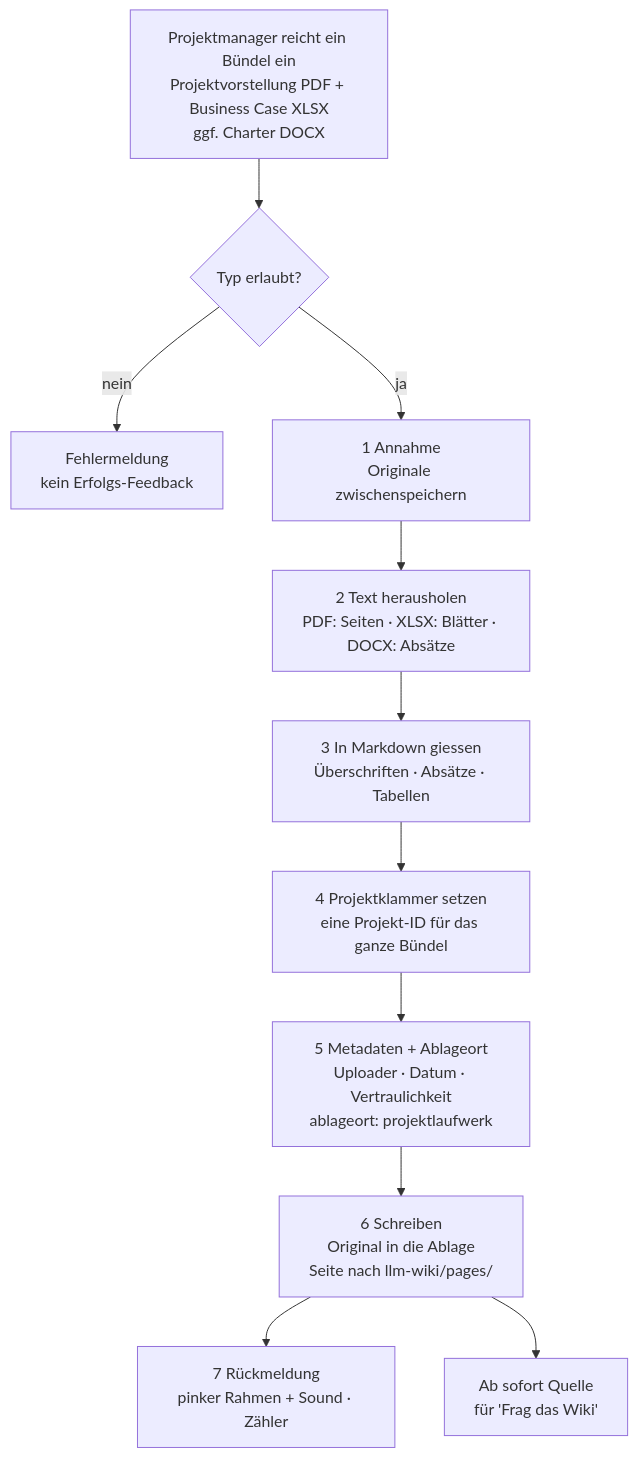
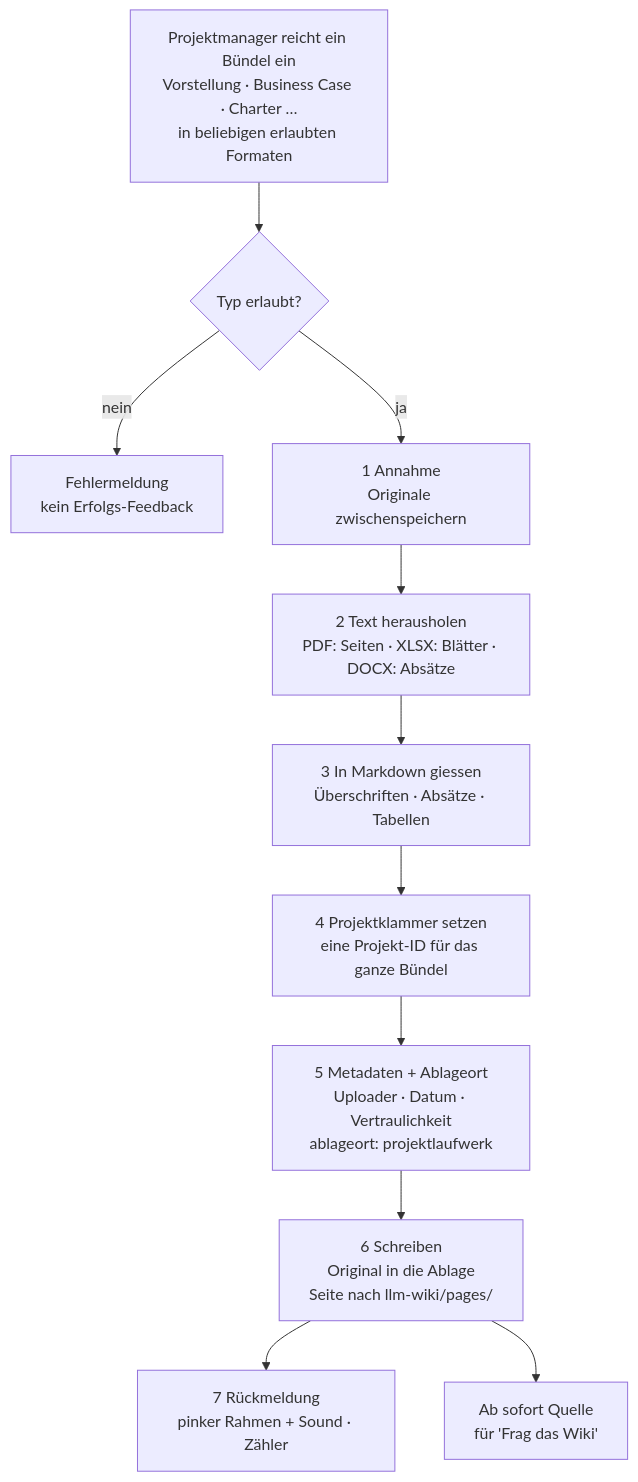
Before and after one commit to florianze6666/MediaparkBrain: the diagram in docs/FUNKTIONSWEISE.md, drawn with Mermaid. The commit also changed other lines of this file, not shown here.

````diff
--- a/docs/FUNKTIONSWEISE.md
+++ b/docs/FUNKTIONSWEISE.md
@@ -113,13 +121,13 @@
 ```mermaid
 flowchart TD
-    A["Projektmanager reicht ein Bündel ein<br/>Projektvorstellung PDF + Business Case XLSX<br/>ggf. Charter DOCX"] --> B{"Typ erlaubt?"}
+    A["Projektmanager reicht ein Bündel ein<br/>Vorstellung · Business Case · Charter …<br/>in beliebigen erlaubten Formaten"] --> B{"Typ erlaubt?"}
     B -- nein --> B1["Fehlermeldung<br/>kein Erfolgs-Feedback"]
     B -- ja --> C["1 Annahme<br/>Originale zwischenspeichern"]
     C --> D["2 Text herausholen<br/>PDF: Seiten · XLSX: Blätter · DOCX: Absätze"]
     D --> E["3 In Markdown giessen<br/>Überschriften · Absätze · Tabellen"]
     E --> F["4 Projektklammer setzen<br/>eine Projekt-ID für das ganze Bündel"]
     F --> G["5 Metadaten + Ablageort<br/>Uploader · Datum · Vertraulichkeit<br/>ablageort: projektlaufwerk"]
     G --> H["6 Schreiben<br/>Original in die Ablage<br/>Seite nach llm-wiki/pages/"]
     H --> I["7 Rückmeldung<br/>pinker Rahmen + Sound · Zähler"]
     H --> K["Ab sofort Quelle<br/>für 'Frag das Wiki'"]
 ```
````
